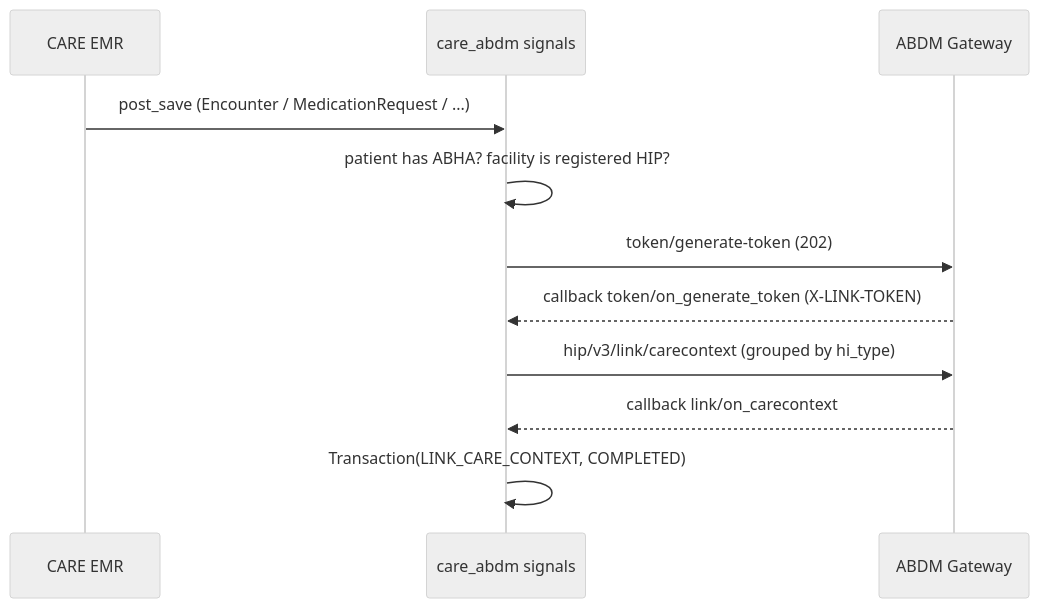
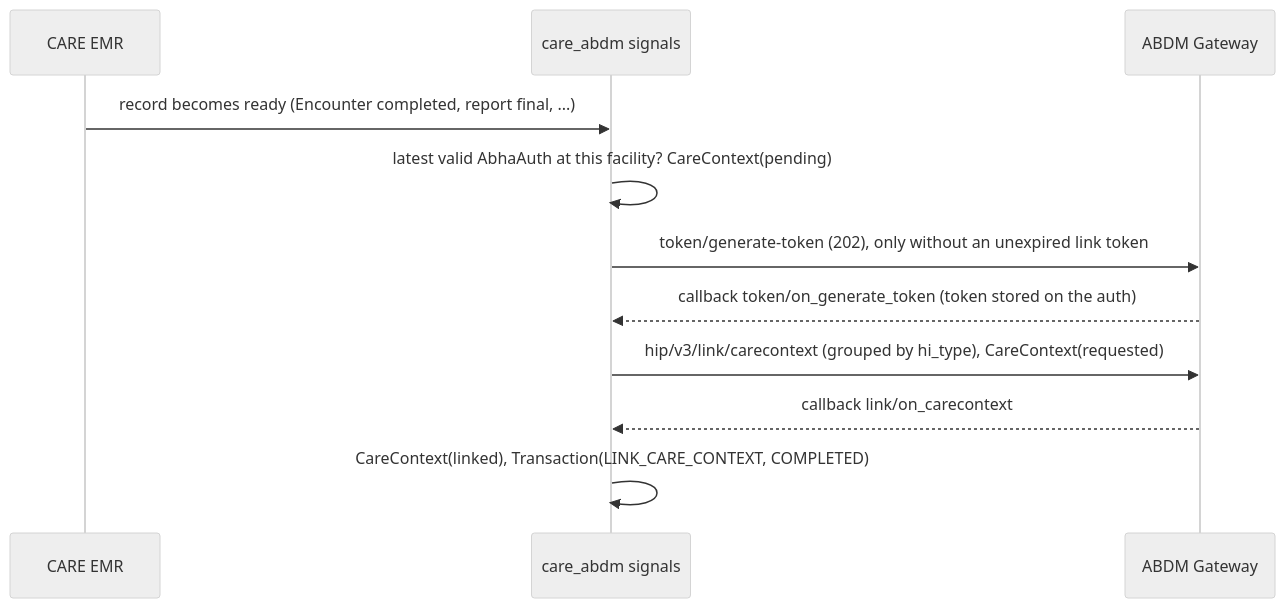
Before and after one commit to 10bedicu/care_abdm: the third of 4 diagrams in ABDM_INTEGRATION.md, drawn with Mermaid (neutral theme). The commit also changed other lines of this file and 59 other files, not shown here.

First line of the commit message:
support multiple ABHA addresses with facility scoped ABHA auths

````diff
--- a/ABDM_INTEGRATION.md
+++ b/ABDM_INTEGRATION.md
@@ -670,13 +825,13 @@
 ```mermaid
 sequenceDiagram
     participant EMR as CARE EMR
     participant BE as care_abdm signals
     participant GW as ABDM Gateway
-    EMR->>BE: post_save (Encounter / MedicationRequest / ...)
-    BE->>BE: patient has ABHA? facility is registered HIP?
-    BE->>GW: token/generate-token (202)
-    GW-->>BE: callback token/on_generate_token (X-LINK-TOKEN)
-    BE->>GW: hip/v3/link/carecontext (grouped by hi_type)
+    EMR->>BE: record becomes ready (Encounter completed, report final, ...)
+    BE->>BE: latest valid AbhaAuth at this facility? CareContext(pending)
+    BE->>GW: token/generate-token (202), only without an unexpired link token
+    GW-->>BE: callback token/on_generate_token (token stored on the auth)
+    BE->>GW: hip/v3/link/carecontext (grouped by hi_type), CareContext(requested)
     GW-->>BE: callback link/on_carecontext
-    BE->>BE: Transaction(LINK_CARE_CONTEXT, COMPLETED)
+    BE->>BE: CareContext(linked), Transaction(LINK_CARE_CONTEXT, COMPLETED)
 ```
````
